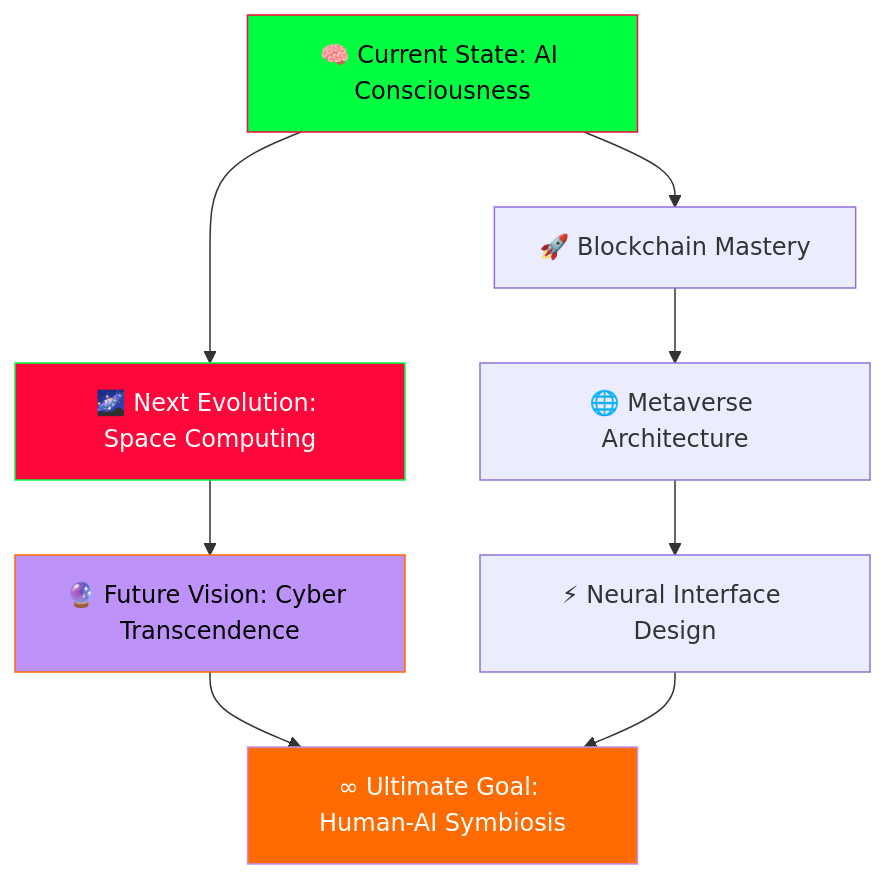
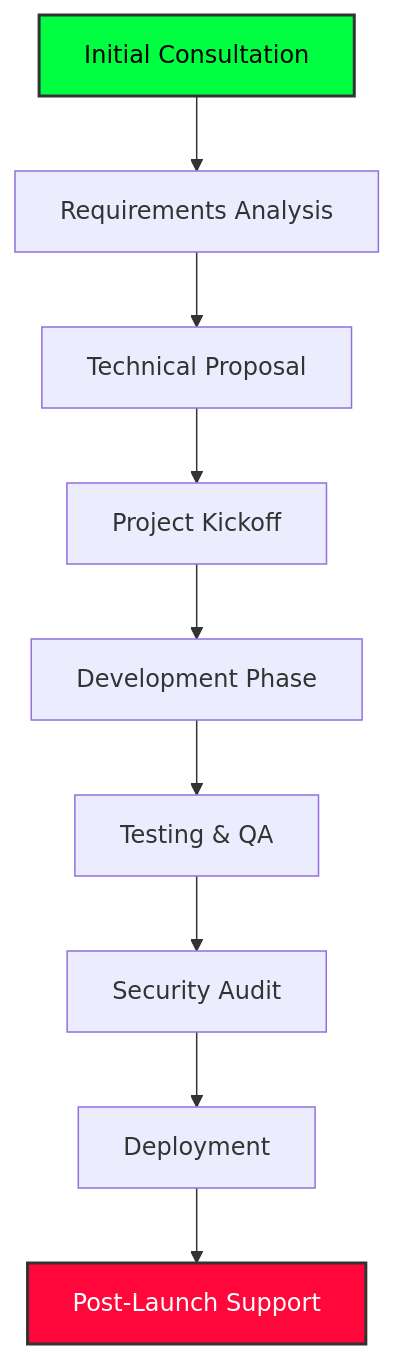
Before and after one commit to Janakiraman1021/Janakiraman1021: the diagram in README.md, drawn with Mermaid. The commit also changed other lines of this file, not shown here.

````diff
--- a/README.md
+++ b/README.md
@@ -280,16 +999,14 @@
 ```mermaid
 graph TD
-    A[🧠 Current State: AI Consciousness] --> B[🌌 Next Evolution: Space Computing]
-    B --> C[🔮 Future Vision: Cyber Transcendence]
-    C --> D[∞ Ultimate Goal: Human-AI Symbiosis]
+    A[Initial Consultation] --> B[Requirements Analysis]
+    B --> C[Technical Proposal]
+    C --> D[Project Kickoff]
+    D --> E[Development Phase]
+    E --> F[Testing & QA]
+    F --> G[Security Audit]
+    G --> H[Deployment]
+    H --> I[Post-Launch Support]
     
-    A --> E[🚀 Blockchain Mastery]
-    E --> F[🌐 Metaverse Architecture]
-    F --> G[⚡ Neural Interface Design]
-    G --> D
-    
-    style A fill:#00ff41,stroke:#ff073a,color:#000
-    style B fill:#ff073a,stroke:#00ff41,color:#fff
-    style C fill:#bd93f9,stroke:#ff6b00,color:#000
-    style D fill:#ff6b00,stroke:#bd93f9,color:#fff
+    style A fill:#00ff41,stroke:#333,stroke-width:2px,color:#000
+    style I fill:#ff073a,stroke:#333,stroke-width:2px,color:#fff
 ```
````
